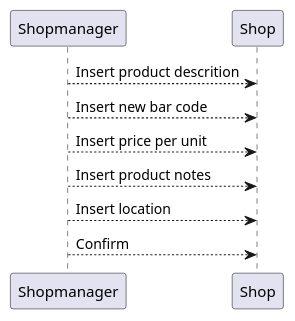
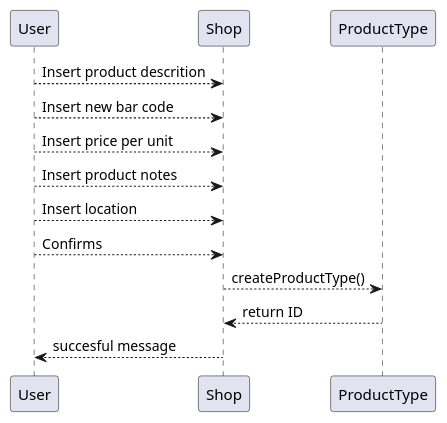
Before and after one commit to Stormz4/group20-EzShop: the third of 9 diagrams in Deliverables/DesignDocument.md, drawn with PlantUML. The commit also changed other lines of this file, not shown here.

Commit message:
Doc: Added sequence diagrams

````diff
--- a/Deliverables/DesignDocument.md
+++ b/Deliverables/DesignDocument.md
@@ -275,10 +284,13 @@
 ```plantuml
 @startuml
-Shopmanager --> Shop: Insert product descrition
-Shopmanager --> Shop: Insert new bar code
-Shopmanager --> Shop: Insert price per unit
-Shopmanager --> Shop: Insert product notes
-Shopmanager --> Shop: Insert location
-Shopmanager --> Shop: Confirm
+User --> Shop: Insert product descrition
+User --> Shop: Insert new bar code
+User --> Shop: Insert price per unit
+User --> Shop: Insert product notes
+User --> Shop: Insert location
+User --> Shop: Confirms
+Shop --> ProductType : createProductType()
+ProductType --> Shop : return ID
+Shop --> User : succesful message
 @enduml
 ```
````
